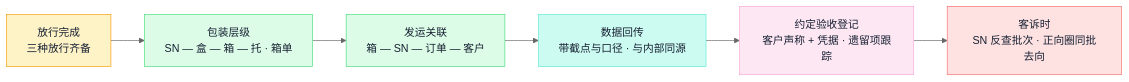
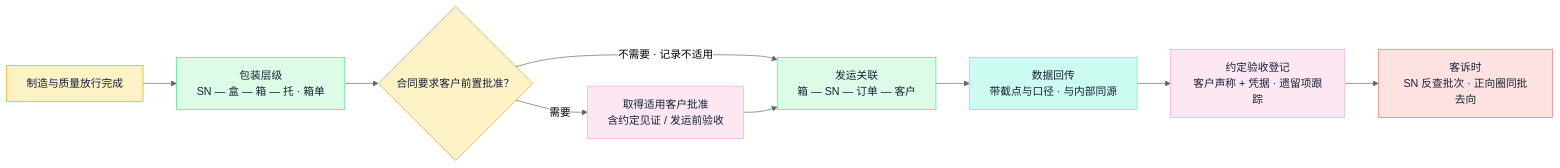
Before and after one commit to ink-hz/AI-Manufacturing-Platform: the tenth of 11 diagrams in docs/manufacturing-platform-architecture.md, drawn with Mermaid (neutral theme). The commit also changed other lines of this file and 9 other files, not shown here.

First line of the commit message:
docs: OEM revision of handbook, architecture, flows and design document

````diff
--- a/docs/manufacturing-platform-architecture.md
+++ b/docs/manufacturing-platform-architecture.md
@@ -894,18 +920,21 @@
 ```mermaid
 flowchart LR
-    A["放行完成<br/>三种放行齐备"] --> B["包装层级<br/>SN — 盒 — 箱 — 托 · 箱单"]
-    B --> C["发运关联<br/>箱 — SN — 订单 — 客户"]
+    A["制造与质量放行完成"] --> B["包装层级<br/>SN — 盒 — 箱 — 托 · 箱单"]
+    B --> G{"合同要求客户前置批准？"}
+    G -->|"需要"| H["取得适用客户批准<br/>含约定见证 / 发运前验收"]
+    G -->|"不需要 · 记录不适用"| C["发运关联<br/>箱 — SN — 订单 — 客户"]
+    H --> C
     C --> D["数据回传<br/>带截点与口径 · 与内部同源"]
     D --> E["约定验收登记<br/>客户声称 + 凭据 · 遗留项跟踪"]
     E --> F["客诉时<br/>SN 反查批次 · 正向圈同批去向"]
-    class A quality
+    class A,G quality
     class B,C exec
     class D flow
-    class E oem
+    class E,H oem
     class F risk
     classDef quality fill:#FEF3C7,stroke:#F59E0B,color:#172033;
     classDef exec fill:#DCFCE7,stroke:#4ADE80,color:#172033;
     classDef flow fill:#CCFBF1,stroke:#5EEAD4,color:#172033;
     classDef oem fill:#FCE7F3,stroke:#F9A8D4,color:#172033;
     classDef risk fill:#FEE2E2,stroke:#F87171,color:#172033;
 ```
````
